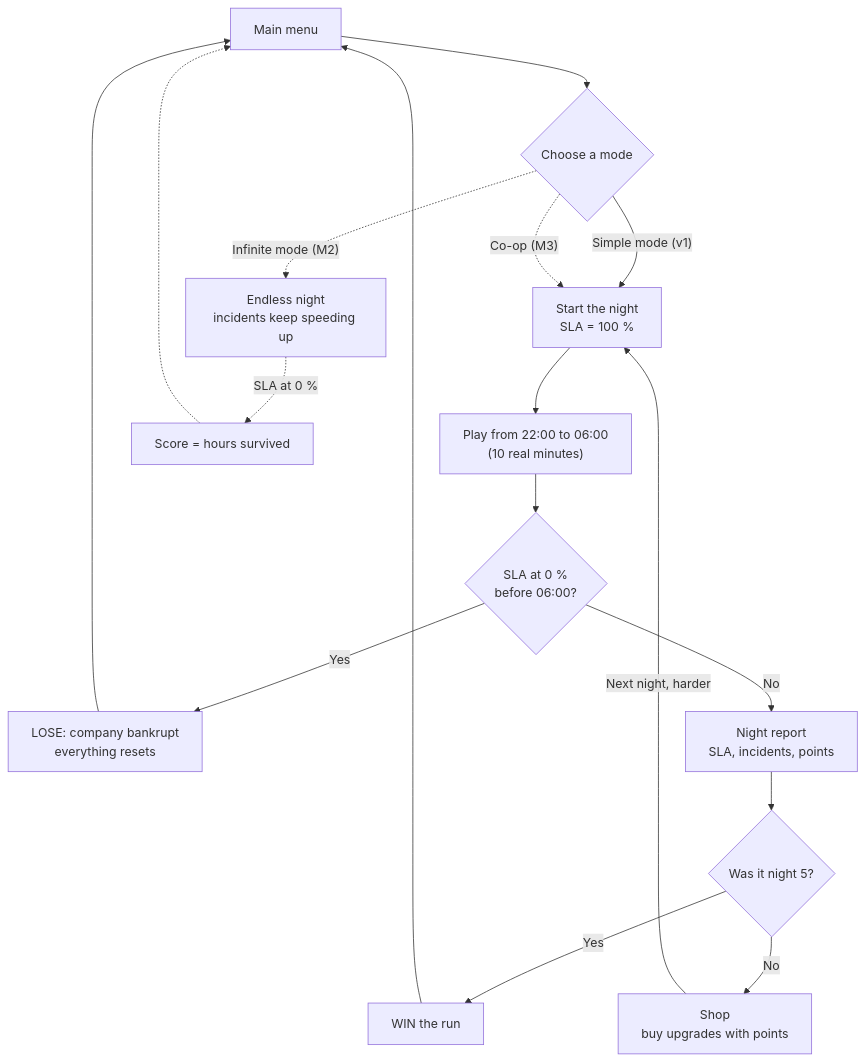
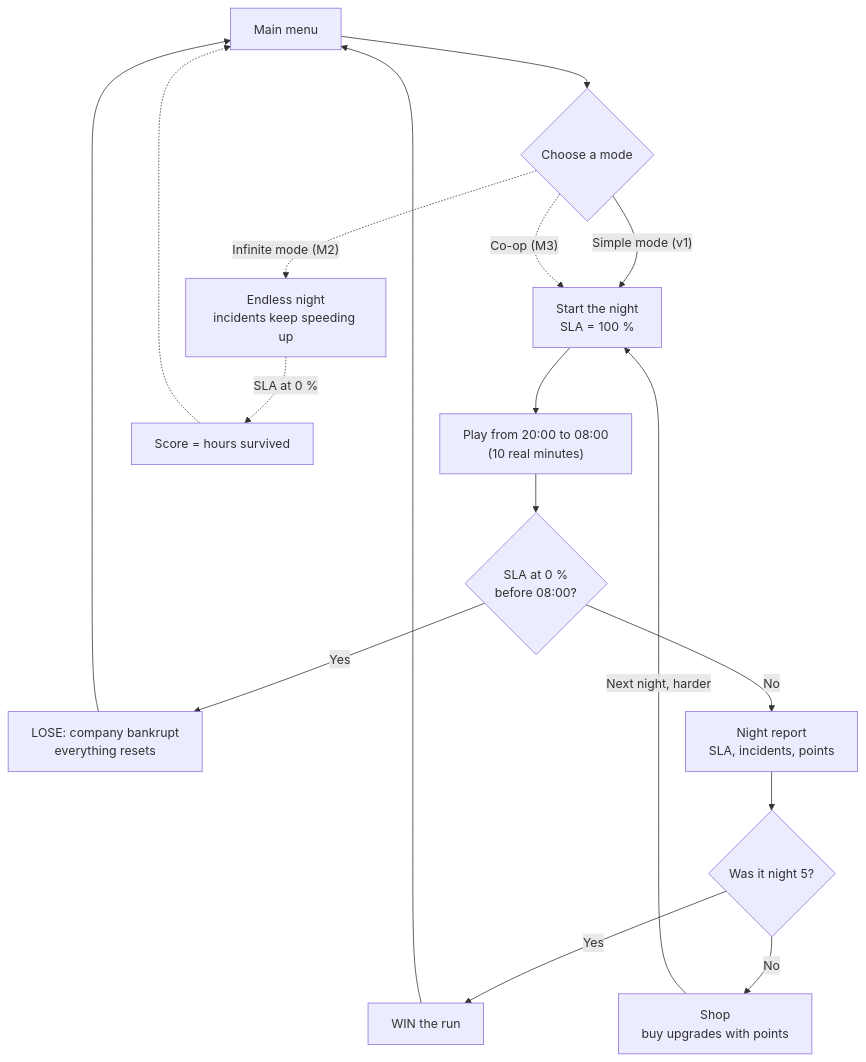
One commit to jobtrek/DuskTillDawn changed the first of 7 diagrams in docs/player-flow/core-player-loop.md. Above: the diagram before and after it, drawn with Mermaid. The commit also changed other lines of this file and 36 other files, not shown here.

````diff
--- a/docs/player-flow/core-player-loop.md
+++ b/docs/player-flow/core-player-loop.md
@@ -9,21 +9,21 @@
 ```mermaid
 flowchart TD
     Menu["Main menu"] --> Mode{"Choose a mode"}
     Mode -->|"Simple mode (v1)"| Start["Start the night<br/>SLA = 100 %"]
     Mode -.->|"Co-op (M3)"| Start
     Mode -.->|"Infinite mode (M2)"| Endless["Endless night<br/>incidents keep speeding up"]
 
-    Start --> Play["Play from 22:00 to 06:00<br/>(10 real minutes)"]
-    Play --> Sla{"SLA at 0 %<br/>before 06:00?"}
+    Start --> Play["Play from 20:00 to 08:00<br/>(10 real minutes)"]
+    Play --> Sla{"SLA at 0 %<br/>before 08:00?"}
     Sla -->|"Yes"| Lost["LOSE: company bankrupt<br/>everything resets"]
     Sla -->|"No"| Report["Night report<br/>SLA, incidents, points"]
     Report --> Last{"Was it night 5?"}
     Last -->|"Yes"| Won["WIN the run"]
     Last -->|"No"| Shop["Shop<br/>buy upgrades with points"]
     Shop -->|"Next night, harder"| Start
 
     Endless -.->|"SLA at 0 %"| Score["Score = hours survived"]
     Lost --> Menu
     Won --> Menu
     Score -.-> Menu
 ```
````
